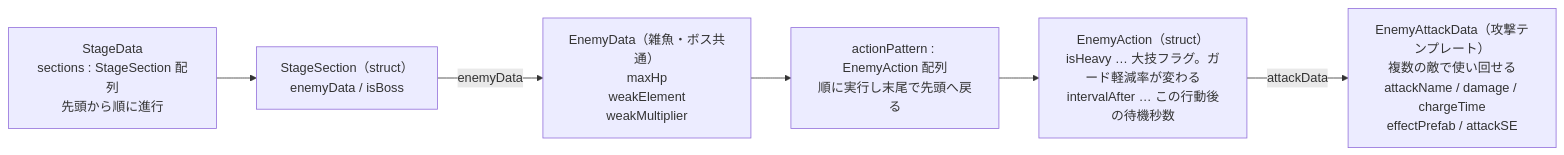
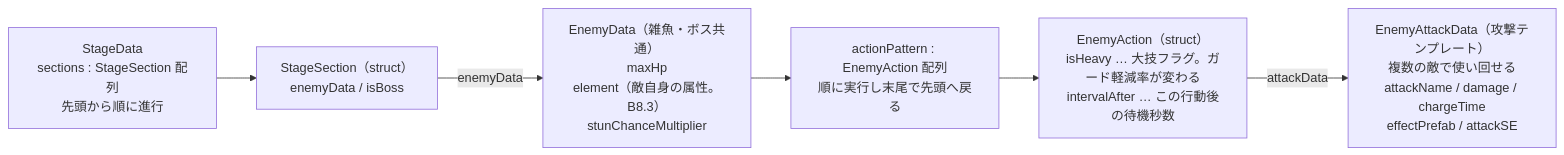
Before and after one commit to Kapi0622/MUDRA: the first of 4 diagrams in MUDRA/docs/architecture/02_battle_system.md, drawn with Mermaid. The commit also changed other lines of this file and 61 other files, not shown here.

````diff
--- a/MUDRA/docs/architecture/02_battle_system.md
+++ b/MUDRA/docs/architecture/02_battle_system.md
@@ -36,12 +36,12 @@
 ```mermaid
 flowchart LR
     SD["StageData<br/>sections : StageSection 配列<br/>先頭から順に進行"]
     SS["StageSection（struct）<br/>enemyData / isBoss"]
-    ED["EnemyData（雑魚・ボス共通）<br/>maxHp<br/>weakElement<br/>weakMultiplier"]
+    ED["EnemyData（雑魚・ボス共通）<br/>maxHp<br/>element（敵自身の属性。B8.3）<br/>stunChanceMultiplier"]
     AP["actionPattern : EnemyAction 配列<br/>順に実行し末尾で先頭へ戻る"]
     EA["EnemyAction（struct）<br/>isHeavy … 大技フラグ。ガード軽減率が変わる<br/>intervalAfter … この行動後の待機秒数"]
     AD["EnemyAttackData（攻撃テンプレート）<br/>複数の敵で使い回せる<br/>attackName / damage / chargeTime<br/>effectPrefab / attackSE"]
 
     SD --> SS -->|"enemyData"| ED
     ED --> AP --> EA -->|"attackData"| AD
 ```
````
